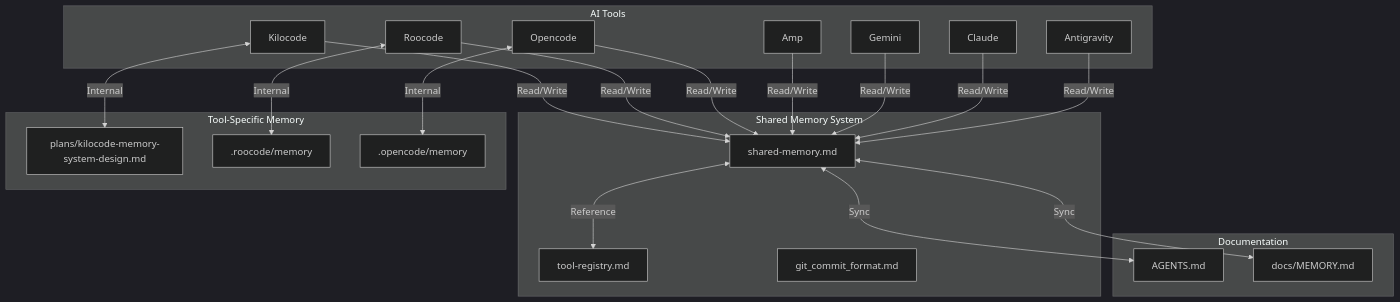
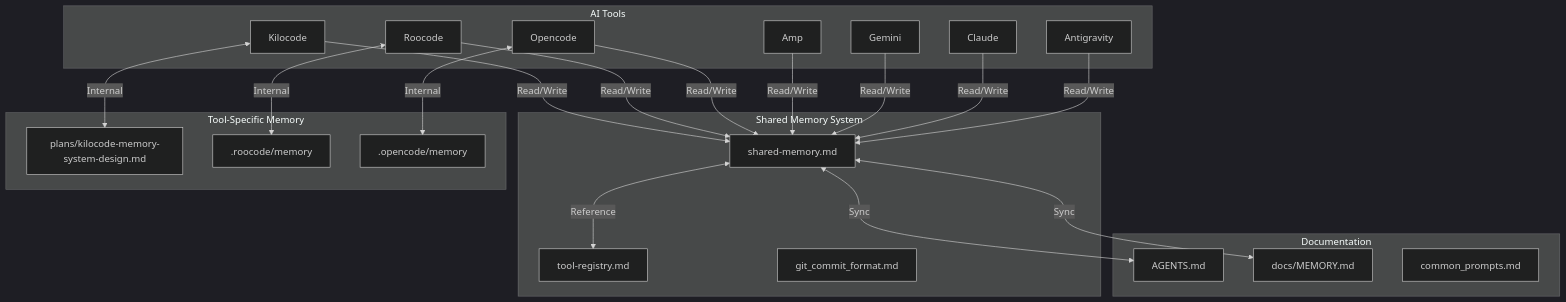
The diagram in docs/memory/shared-memory.md (AppliedEllipsis/synthetic-usage-tracker), drawn with Mermaid (dark theme) before and after one commit. The commit also changed other lines of this file and 4 other files, not shown here.

````diff
--- a/docs/memory/shared-memory.md
+++ b/docs/memory/shared-memory.md
@@ -15,47 +15,48 @@
 ```mermaid
 graph TB
     subgraph AI Tools
         K[Kilocode]
         R[Roocode]
         O[Opencode]
         A[Amp]
         G[Gemini]
         C[Claude]
         AG[Antigravity]
     end
 
     subgraph Shared Memory System
         SM[shared-memory.md]
         TR[tool-registry.md]
         GC[git_commit_format.md]
     end
 
     subgraph Tool-Specific Memory
         KM[plans/kilocode-memory-system-design.md]
         RM[.roocode/memory]
         OM[.opencode/memory]
     end
 
-    subgraph Documentation
-        AM[AGENTS.md]
-        DM[docs/MEMORY.md]
-        GC[git_commit_format.md]
-    end
+     subgraph Documentation
+         AM[AGENTS.md]
+         DM[docs/MEMORY.md]
+         GC[git_commit_format.md]
+         CP[common_prompts.md]
+     end
 
-    K -->|Read/Write| SM
+     K -->|Read/Write| SM
     R -->|Read/Write| SM
     O -->|Read/Write| SM
     A -->|Read/Write| SM
     G -->|Read/Write| SM
     C -->|Read/Write| SM
     AG -->|Read/Write| SM
 
     SM <-->|Reference| TR
 
     K <-->|Internal| KM
     R <-->|Internal| RM
     O <-->|Internal| OM
 
     SM <-->|Sync| AM
     SM <-->|Sync| DM
 ```
````
